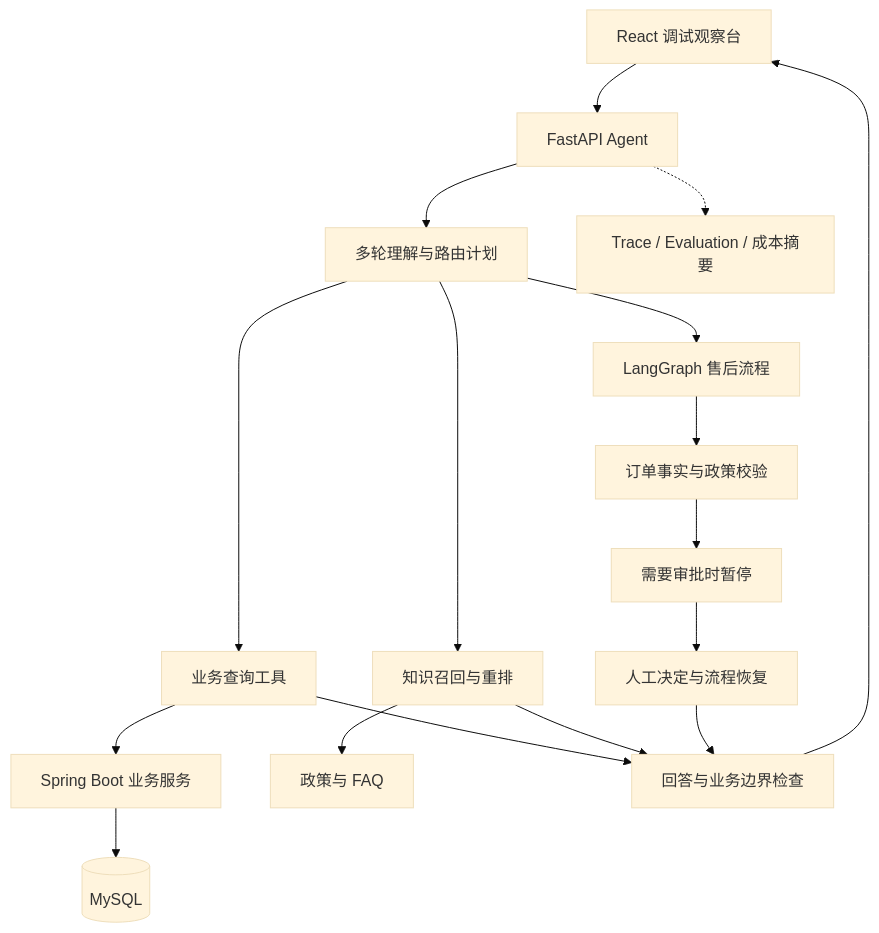
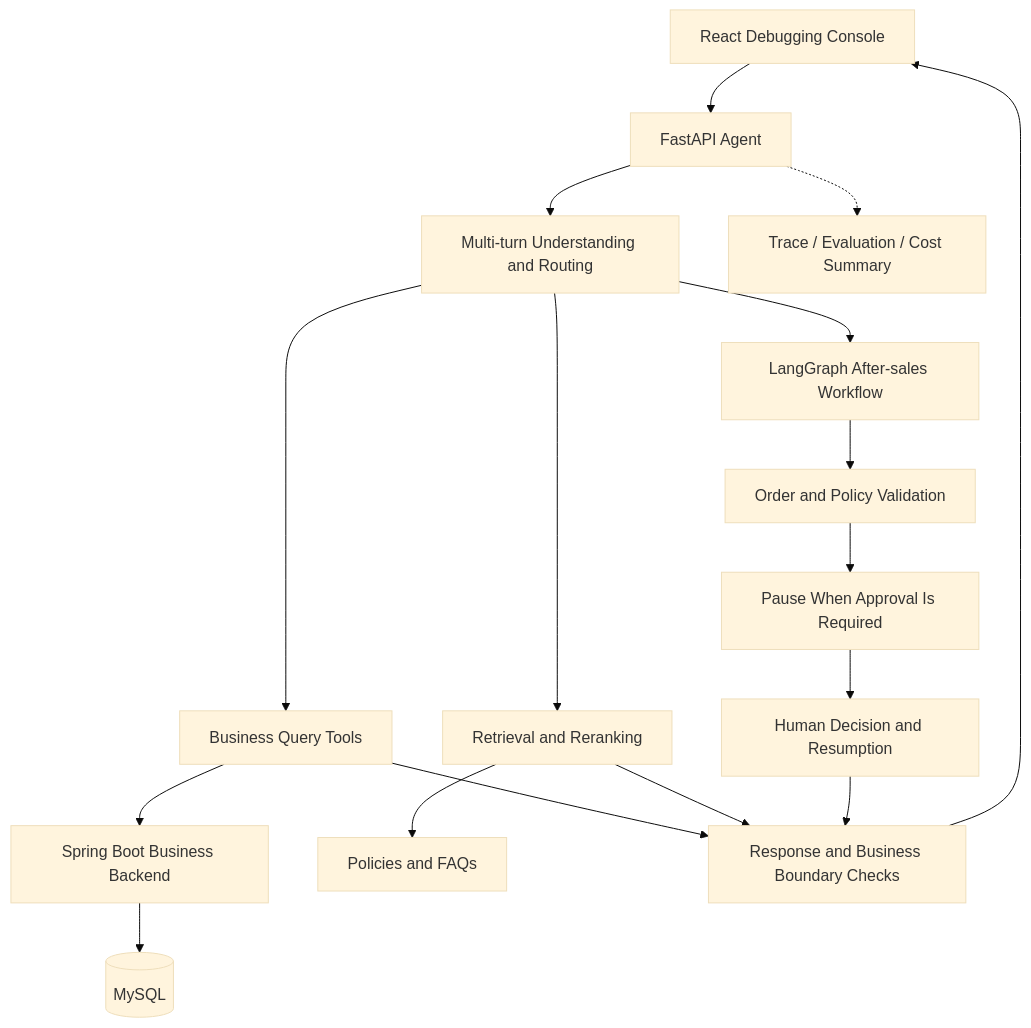
Before and after one commit to liuliu-arch/ecommerce-service-agent: the diagram in README.md, drawn with Mermaid (base theme). The commit also changed other lines of this file, not shown here.

````diff
--- a/README.md
+++ b/README.md
@@ -27,19 +27,19 @@
 ```mermaid
 flowchart TD
-    UI[React 调试观察台] --> API[FastAPI Agent]
-    API --> PLAN[多轮理解与路由计划]
-    PLAN --> TOOLS[业务查询工具]
-    PLAN --> RAG[知识召回与重排]
-    PLAN --> WF[LangGraph 售后流程]
-    TOOLS --> JAVA[Spring Boot 业务服务]
+    UI[React Debugging Console] --> API[FastAPI Agent]
+    API --> PLAN[Multi-turn Understanding and Routing]
+    PLAN --> TOOLS[Business Query Tools]
+    PLAN --> RAG[Retrieval and Reranking]
+    PLAN --> WF[LangGraph After-sales Workflow]
+    TOOLS --> JAVA[Spring Boot Business Backend]
     JAVA --> DB[(MySQL)]
-    RAG --> KB[政策与 FAQ]
-    WF --> CHECK[订单事实与政策校验]
-    CHECK --> HUMAN[需要审批时暂停]
-    HUMAN --> RESUME[人工决定与流程恢复]
-    TOOLS --> ANSWER[回答与业务边界检查]
+    RAG --> KB[Policies and FAQs]
+    WF --> CHECK[Order and Policy Validation]
+    CHECK --> HUMAN[Pause When Approval Is Required]
+    HUMAN --> RESUME[Human Decision and Resumption]
+    TOOLS --> ANSWER[Response and Business Boundary Checks]
     RAG --> ANSWER
     RESUME --> ANSWER
     ANSWER --> UI
-    API -.-> TRACE[Trace / Evaluation / 成本摘要]
+    API -.-> TRACE[Trace / Evaluation / Cost Summary]
 ```
````
